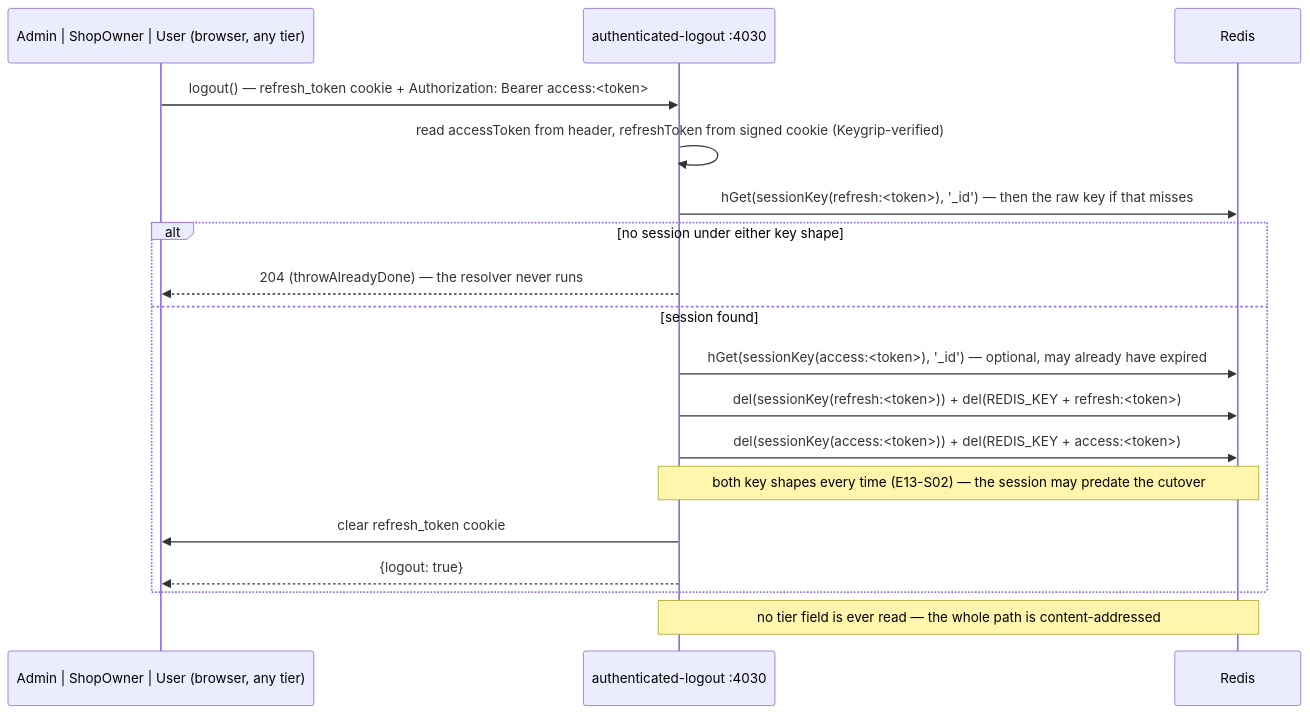
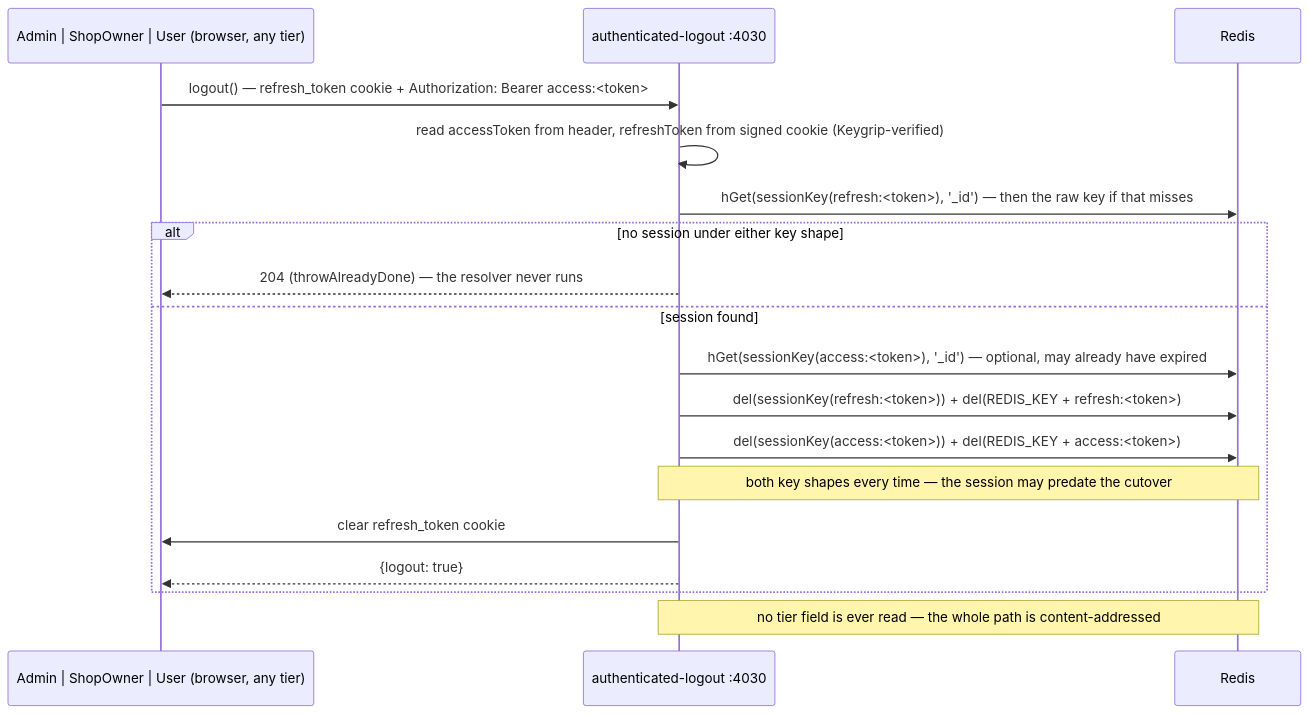
The third of 7 diagrams in docs/devprotocol/phase5/SEQUENCE_DIAGRAMS.md (Axiumine/fullstack-marketplace-blueprint), drawn with Mermaid before and after one commit. The commit also changed other lines of this file and 67 other files, not shown here.

````diff
--- a/docs/devprotocol/phase5/SEQUENCE_DIAGRAMS.md
+++ b/docs/devprotocol/phase5/SEQUENCE_DIAGRAMS.md
@@ -323,21 +327,21 @@
 ```mermaid
 sequenceDiagram
     participant Any as Admin | ShopOwner | User (browser, any tier)
     participant LO as authenticated-logout :4030
     participant Redis
 
     Any->>LO: logout() — refresh_token cookie + Authorization: Bearer access:<token>
     LO->>LO: read accessToken from header, refreshToken from signed cookie (Keygrip-verified)
     LO->>Redis: hGet(sessionKey(refresh:<token>), '_id') — then the raw key if that misses
     alt no session under either key shape
         LO-->>Any: 204 (throwAlreadyDone) — the resolver never runs
     else session found
         LO->>Redis: hGet(sessionKey(access:<token>), '_id') — optional, may already have expired
         LO->>Redis: del(sessionKey(refresh:<token>)) + del(REDIS_KEY + refresh:<token>)
         LO->>Redis: del(sessionKey(access:<token>)) + del(REDIS_KEY + access:<token>)
-        Note over LO,Redis: both key shapes every time (E13-S02) — the session may predate the cutover
+        Note over LO,Redis: both key shapes every time — the session may predate the cutover
         LO->>Any: clear refresh_token cookie
         LO-->>Any: {logout: true}
     end
     Note over LO,Redis: no tier field is ever read — the whole path is content-addressed
 ```
````
